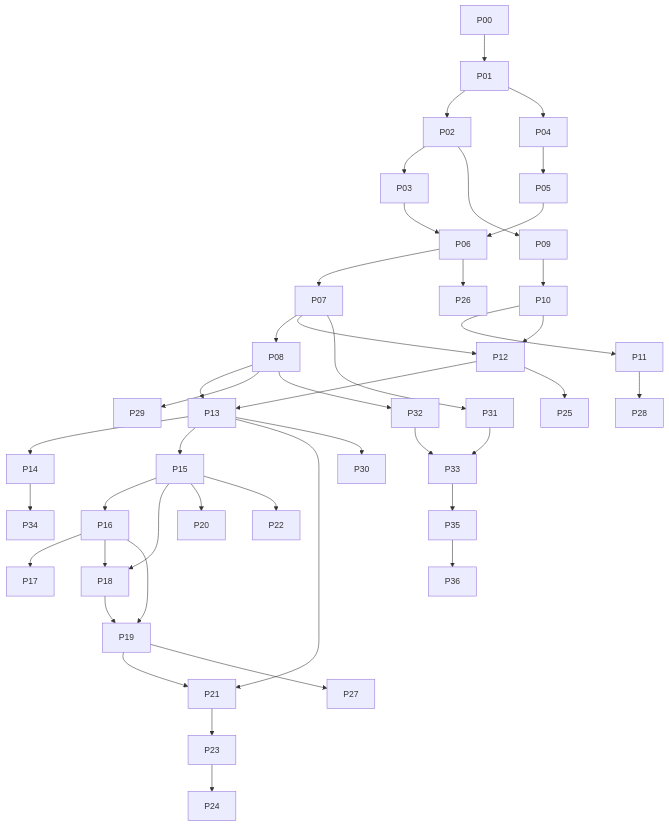
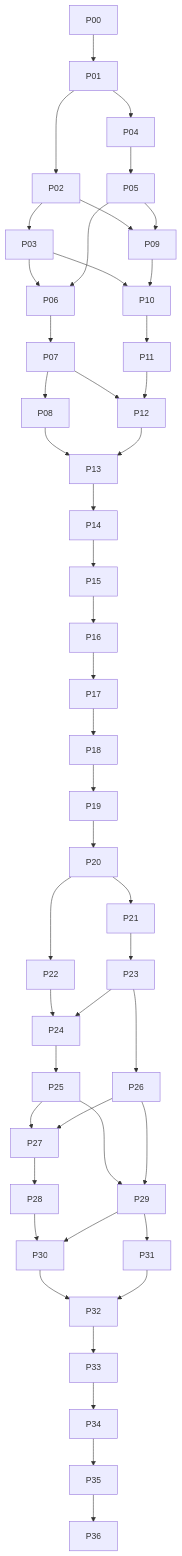
Before and after one commit to SergioAndreev/uo3: the diagram in docs/ROADMAP.md, drawn with Mermaid. The commit also changed other lines of this file and 188 other files, not shown here.

````diff
--- a/docs/ROADMAP.md
+++ b/docs/ROADMAP.md
@@ -20,35 +24,49 @@
 ```mermaid
 flowchart TD
-  P00 --> P01 --> P02 --> P03
-  P01 --> P04 --> P05
+  P00 --> P01
+  P01 --> P02
+  P02 --> P03
+  P01 --> P04
+  P04 --> P05
   P03 --> P06
-  P05 --> P06 --> P07 --> P08
-  P02 --> P09 --> P10 --> P11
+  P05 --> P06
+  P06 --> P07
+  P07 --> P08
+  P02 --> P09
+  P05 --> P09
+  P03 --> P10
+  P09 --> P10
+  P10 --> P11
   P07 --> P12
-  P10 --> P12
+  P11 --> P12
   P08 --> P13
-  P12 --> P13 --> P14
-  P13 --> P15 --> P16 --> P17
-  P15 --> P18
-  P16 --> P18
-  P16 --> P19
+  P12 --> P13
+  P13 --> P14
+  P14 --> P15
+  P15 --> P16
+  P16 --> P17
+  P17 --> P18
   P18 --> P19
-  P15 --> P20
-  P13 --> P21
-  P19 --> P21
-  P15 --> P22
+  P19 --> P20
+  P20 --> P21
+  P20 --> P22
   P21 --> P23
+  P22 --> P24
   P23 --> P24
-  P12 --> P25
-  P06 --> P26
-  P19 --> P27
-  P11 --> P28
-  P08 --> P29
-  P13 --> P30
-  P07 --> P31
-  P08 --> P32
-  P31 --> P33
+  P24 --> P25
+  P23 --> P26
+  P25 --> P27
+  P26 --> P27
+  P27 --> P28
+  P25 --> P29
+  P26 --> P29
+  P28 --> P30
+  P29 --> P30
+  P29 --> P31
+  P30 --> P32
+  P31 --> P32
   P32 --> P33
-  P14 --> P34
-  P33 --> P35 --> P36
+  P33 --> P34
+  P34 --> P35
+  P35 --> P36
 ```
````
